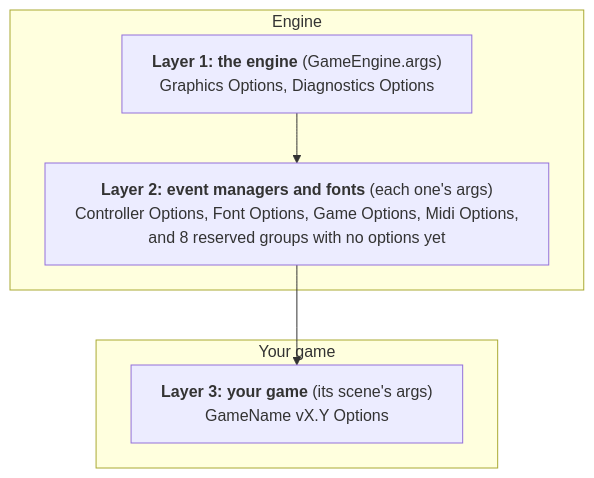
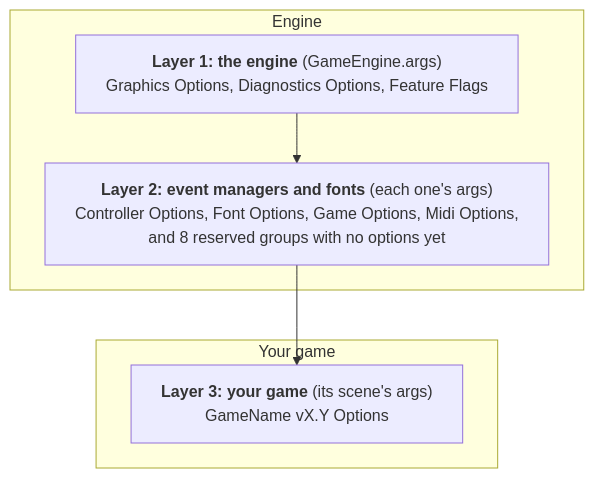
One commit to terrysimons/glitchygames changed the second of 4 diagrams in docs/architecture/argument_system.md. Above: the diagram before and after it, drawn with Mermaid. The commit also changed other lines of this file and 46 other files, not shown here.

Commit message:
Feature flags, and --lucid-circuit replaces --ai (#319)

````diff
--- a/docs/architecture/argument_system.md
+++ b/docs/architecture/argument_system.md
@@ -48,12 +48,12 @@
 ```mermaid
 %%{init: {"flowchart": {"wrappingWidth": 500}}}%%
 flowchart TB
     subgraph ENGINE_ARGUMENT_LAYERS["Engine"]
-        L1["<b>Layer 1: the engine</b> (GameEngine.args)<br/>Graphics Options, Diagnostics Options"]
+        L1["<b>Layer 1: the engine</b> (GameEngine.args)<br/>Graphics Options, Diagnostics Options, Feature Flags"]
         L2["<b>Layer 2: event managers and fonts</b> (each one's args)<br/>Controller Options, Font Options, Game Options, Midi Options,<br/>and 8 reserved groups with no options yet"]
     end
     subgraph GAME_ARGUMENT_LAYERS["Your game"]
         L3["<b>Layer 3: your game</b> (its scene's args)<br/>GameName vX.Y Options"]
     end
     L1 --> L2 --> L3
 ```
````
